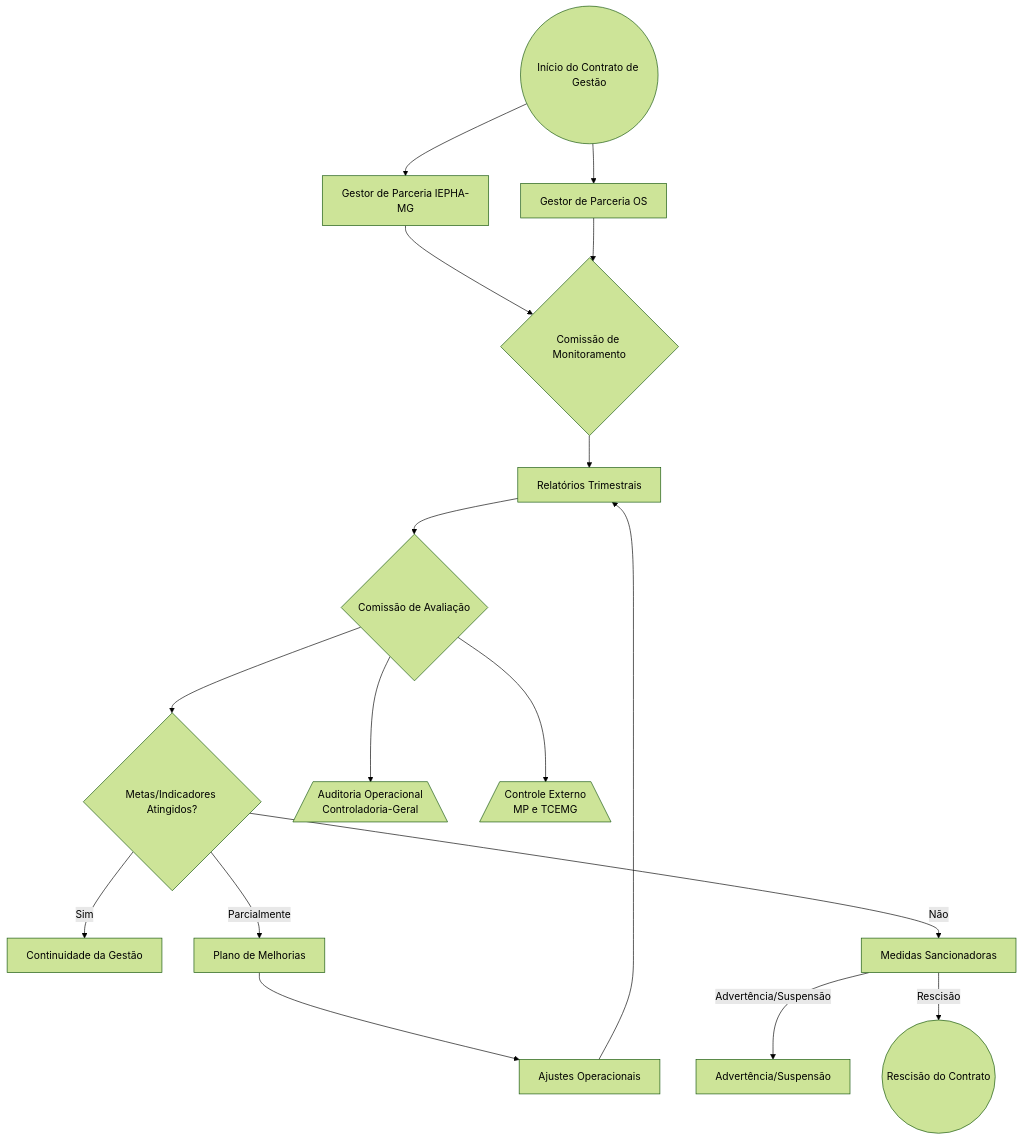
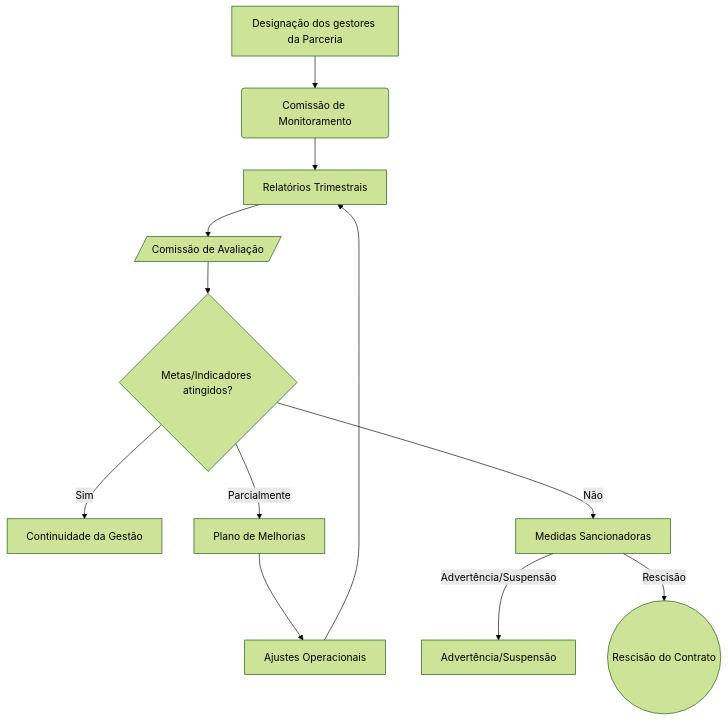
Before and after one commit to iepha-mg/manual.appi: the diagram in paginas/marcos_regulatorios/descentralizacao/README.md, drawn with Mermaid (forest theme). The commit also changed other lines of this file, not shown here.

```diff
--- a/paginas/marcos_regulatorios/descentralizacao/README.md
+++ b/paginas/marcos_regulatorios/descentralizacao/README.md
@@ -129,35 +99,25 @@
 <div class="mermaid">
 flowchart TB
-    %% Contrato de Gestão (OS)
-    OS_START@{ shape: circle, label: "Início do Contrato de Gestão" }
-    OS_GP_IEPHA@{ shape: rect, label: "Gestor de Parceria IEPHA-MG" }
-    OS_GP_OS@{ shape: rect, label: "Gestor de Parceria OS" }
-    OS_COM_MON@{ shape: diamond, label: "Comissão de Monitoramento" }
+    OS_GESTORES@{ shape: rect, label: "Designação dos gestores da Parceria" }
+    OS_COM_MON@{ shape: rounded, label: "Comissão de Monitoramento" }
     OS_REL@{ shape: rect, label: "Relatórios Trimestrais" }
-    OS_COM_AV@{ shape: diamond, label: "Comissão de Avaliação" }
-    OS_META@{ shape: diamond, label: "Metas/Indicadores Atingidos?" }
+    OS_COM_AV@{ shape: lean-r, label: "Comissão de Avaliação" }
+    OS_META@{ shape: diamond, label: "Metas/Indicadores atingidos?" }
     OS_CONT@{ shape: rect, label: "Continuidade da Gestão" }
     OS_PLAN@{ shape: rect, label: "Plano de Melhorias" }
     OS_SAN@{ shape: rect, label: "Medidas Sancionadoras" }
     OS_ADJ@{ shape: rect, label: "Ajustes Operacionais" }
     OS_SUS@{ shape: rect, label: "Advertência/Suspensão" }
     OS_RES@{ shape: circle, label: "Rescisão do Contrato" }
-    OS_AUD@{ shape: trap-b, label: "Auditoria Operacional\nControladoria-Geral" }
-    OS_EXT@{ shape: trap-b, label: "Controle Externo\nMP e TCEMG" }
-    OS_START --> OS_GP_IEPHA
-    OS_START --> OS_GP_OS
-    OS_GP_IEPHA --> OS_COM_MON
-    OS_GP_OS --> OS_COM_MON
+    OS_GESTORES --> OS_COM_MON
     OS_COM_MON --> OS_REL
     OS_REL --> OS_COM_AV
     OS_COM_AV --> OS_META
     OS_META -- Sim --> OS_CONT
     OS_META -- Parcialmente --> OS_PLAN
-    OS_META -- Não --> OS_SAN
     OS_PLAN --> OS_ADJ
     OS_ADJ --> OS_REL
+    OS_META -- Não --> OS_SAN
     OS_SAN -- Advertência/Suspensão --> OS_SUS
     OS_SAN -- Rescisão --> OS_RES
-    OS_COM_AV --> OS_AUD
-    OS_COM_AV --> OS_EXT
 </div>
```
